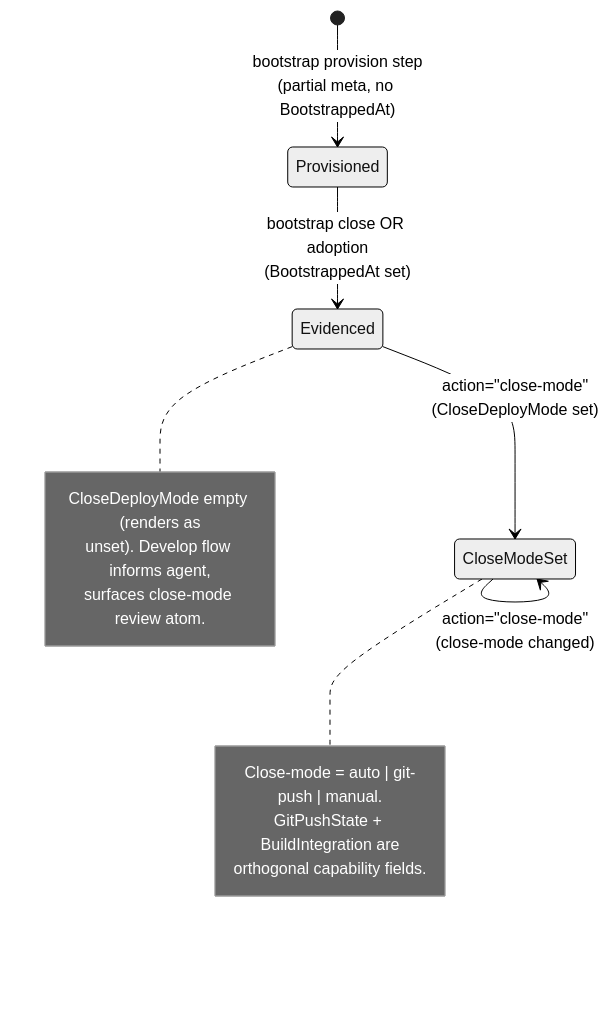
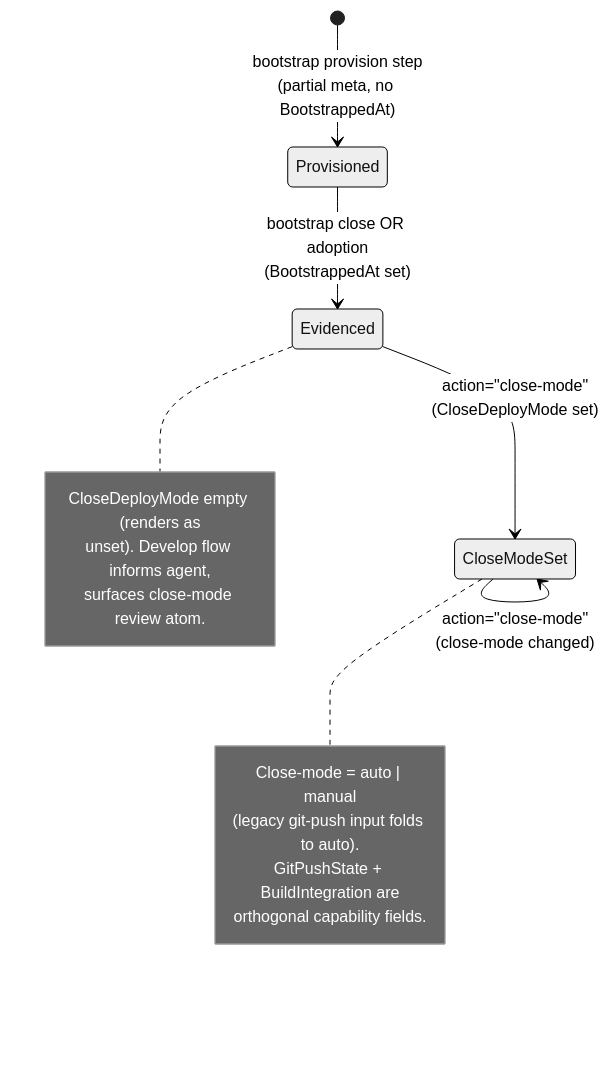
The second of 5 diagrams in docs/spec-workflows.md (zeropsio/zcp), drawn with Mermaid (neutral theme) before and after one commit. The commit also changed other lines of this file and 28 other files, not shown here.

````diff
--- a/docs/spec-workflows.md
+++ b/docs/spec-workflows.md
@@ -114,19 +115,20 @@
 ```mermaid
 stateDiagram-v2
     [*] --> Provisioned: bootstrap provision step<br/>(partial meta, no BootstrappedAt)
     Provisioned --> Evidenced: bootstrap close OR adoption<br/>(BootstrappedAt set)
     Evidenced --> CloseModeSet: action="close-mode"<br/>(CloseDeployMode set)
     CloseModeSet --> CloseModeSet: action="close-mode"<br/>(close-mode changed)
 
     note right of Evidenced
         CloseDeployMode empty (renders as
         unset). Develop flow informs agent,
         surfaces close-mode review atom.
     end note
 
     note right of CloseModeSet
-        Close-mode = auto | git-push | manual.
+        Close-mode = auto | manual
+        (legacy git-push input folds to auto).
         GitPushState + BuildIntegration are
         orthogonal capability fields.
     end note
 ```
````
